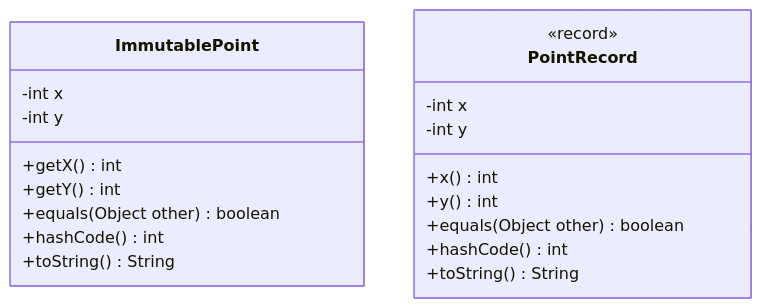
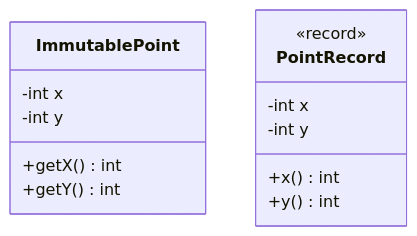
One commit to cesarfrancoe/OOPConcepts changed the second of 2 diagrams in ModernOOP/Immutability.md. Above: the diagram before and after it, drawn with Mermaid. The commit also changed other lines of this file, not shown here.

````diff
--- a/ModernOOP/Immutability.md
+++ b/ModernOOP/Immutability.md
@@ -336,22 +281,16 @@
 ```mermaid
 classDiagram
     class ImmutablePoint {
         -int x
         -int y
         +getX() int
         +getY() int
-        +equals(Object other) boolean
-        +hashCode() int
-        +toString() String
     }
     class PointRecord {
         <<record>>
         -int x
         -int y
         +x() int
         +y() int
-        +equals(Object other) boolean
-        +hashCode() int
-        +toString() String
     }
 ```
````
